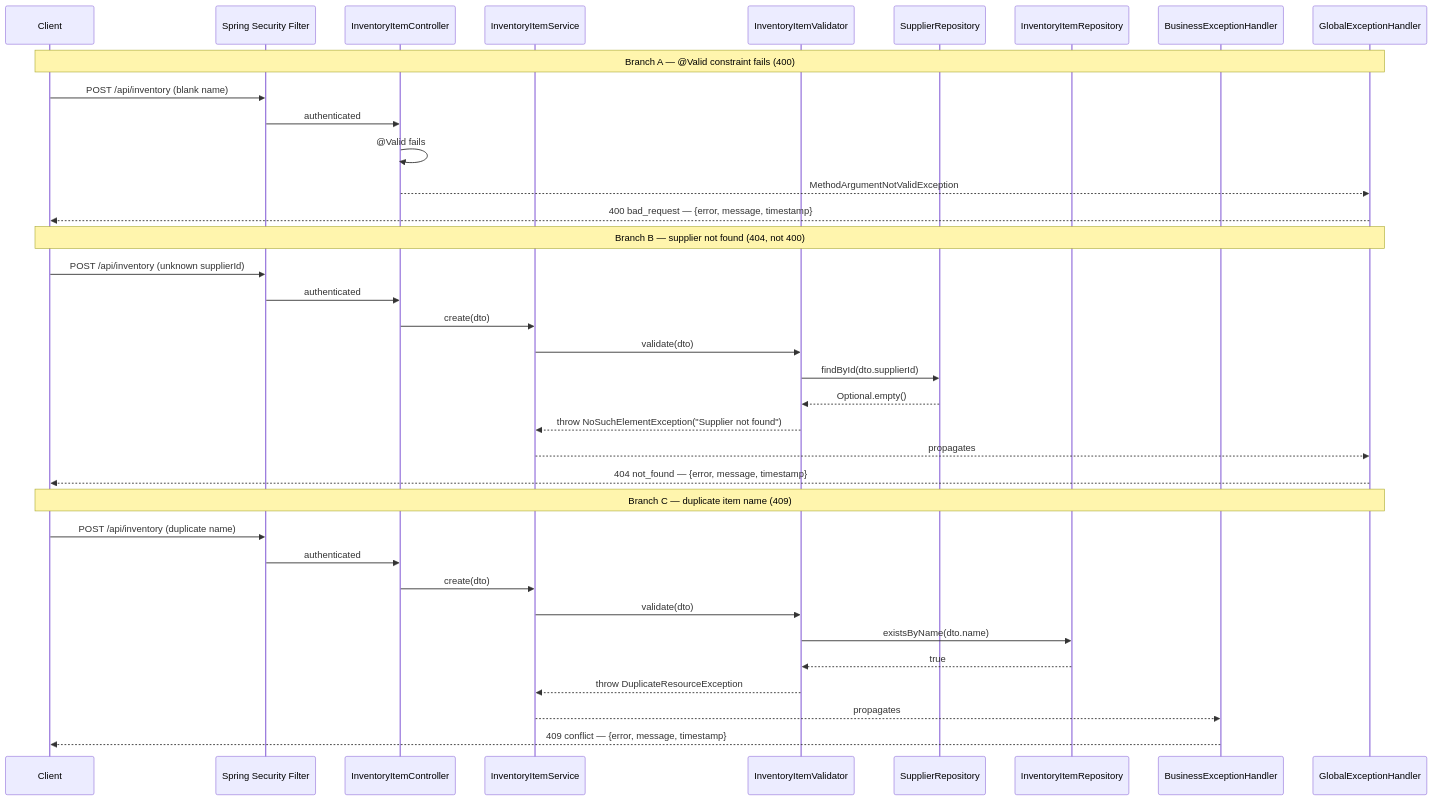
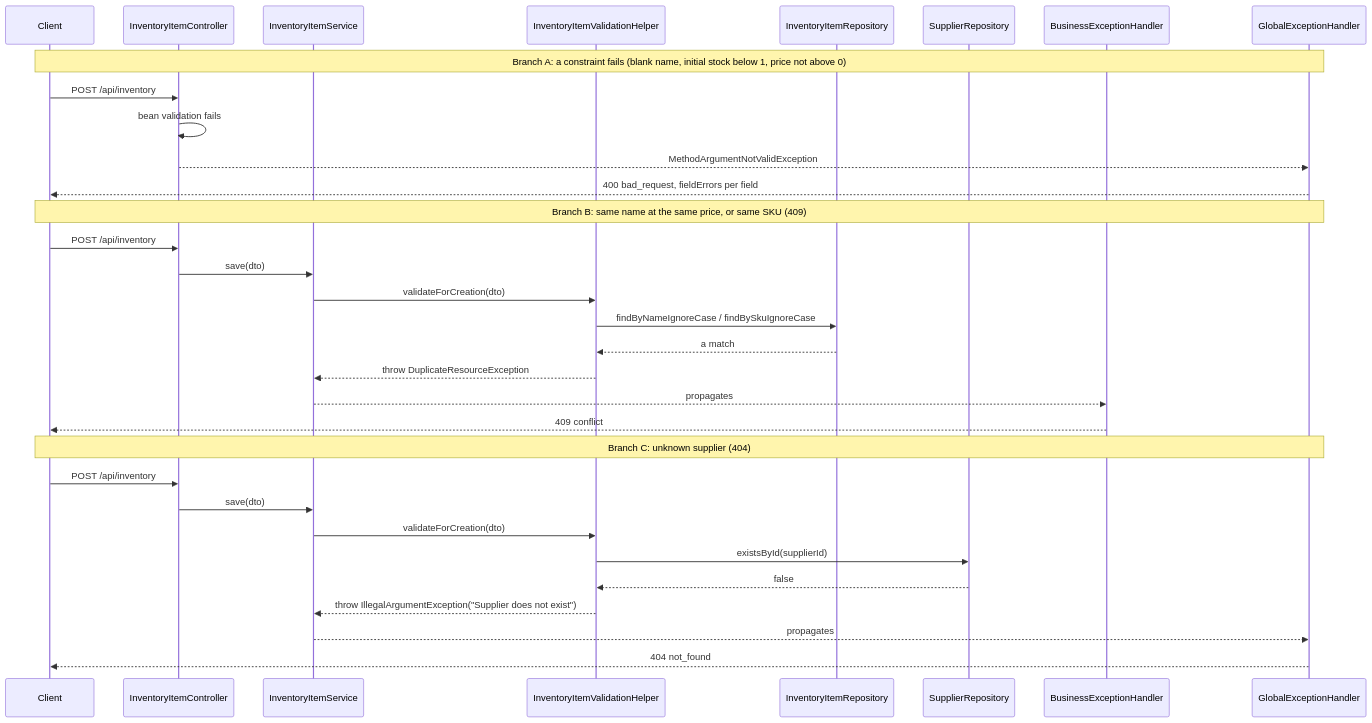
Before and after one commit to Keglev/inventory-service: the second of 5 diagrams in docs/backend/architecture/06-runtime.md, drawn with Mermaid. The commit also changed other lines of this file, not shown here.

Commit message:
docs(backend): redraw the create-item sequences from the current code (#171)
Scenarios 1a and 1b of the runtime view described a create path that
does not exist: an existsByName query no repository declares, a
supplier findById where the code calls existsById, the supplier check
running first where it runs last, and a NoSuchElementException where
the code throws IllegalArgumentException. Branch A showed a 400 that,
until the validation-group fix, the endpoint did not return.

Both diagrams now follow InventoryItemController.create,
InventoryItemServiceImpl.save and InventoryItemValidationHelper: bean
validation over Default and Create, then the name-and-price and SKU
checks, then the supplier; server-set fields; the item insert and the
INITIAL_STOCK history insert in one transaction; 201 with a Location
header. The error branches follow the same order: 400 with field
errors, 409 for a duplicate, 404 for an unknown supplier.

The page goes from 247 to 244 lines. All five diagrams on it parse.

````diff
--- a/docs/backend/architecture/06-runtime.md
+++ b/docs/backend/architecture/06-runtime.md
@@ -78,42 +79,38 @@
 ```mermaid
 %%{init: {"sequence": {"useMaxWidth": false}}}%%
 sequenceDiagram
     participant Client
-    participant SF as Spring Security Filter
     participant IC as InventoryItemController
     participant IS as InventoryItemService
-    participant IV as InventoryItemValidator
+    participant VH as InventoryItemValidationHelper
+    participant IR as InventoryItemRepository
     participant SR as SupplierRepository
-    participant IR as InventoryItemRepository
     participant BEH as BusinessExceptionHandler
     participant GEH as GlobalExceptionHandler
 
-    Note over Client,GEH: Branch A — @Valid constraint fails (400)
-    Client->>SF: POST /api/inventory (blank name)
-    SF->>IC: authenticated
-    IC->>IC: @Valid fails
+    Note over Client,GEH: Branch A: a constraint fails (blank name, initial stock below 1, price not above 0)
+    Client->>IC: POST /api/inventory
+    IC->>IC: bean validation fails
     IC-->>GEH: MethodArgumentNotValidException
-    GEH-->>Client: 400 bad_request — {error, message, timestamp}
+    GEH-->>Client: 400 bad_request, fieldErrors per field
 
-    Note over Client,GEH: Branch B — supplier not found (404, not 400)
-    Client->>SF: POST /api/inventory (unknown supplierId)
-    SF->>IC: authenticated
-    IC->>IS: create(dto)
-    IS->>IV: validate(dto)
-    IV->>SR: findById(dto.supplierId)
-    SR-->>IV: Optional.empty()
-    IV-->>IS: throw NoSuchElementException("Supplier not found")
+    Note over Client,GEH: Branch B: same name at the same price, or same SKU (409)
+    Client->>IC: POST /api/inventory
+    IC->>IS: save(dto)
+    IS->>VH: validateForCreation(dto)
+    VH->>IR: findByNameIgnoreCase / findBySkuIgnoreCase
+    IR-->>VH: a match
+    VH-->>IS: throw DuplicateResourceException
+    IS-->>BEH: propagates
+    BEH-->>Client: 409 conflict
+
+    Note over Client,GEH: Branch C: unknown supplier (404)
+    Client->>IC: POST /api/inventory
+    IC->>IS: save(dto)
+    IS->>VH: validateForCreation(dto)
+    VH->>SR: existsById(supplierId)
+    SR-->>VH: false
+    VH-->>IS: throw IllegalArgumentException("Supplier does not exist")
     IS-->>GEH: propagates
-    GEH-->>Client: 404 not_found — {error, message, timestamp}
-
-    Note over Client,GEH: Branch C — duplicate item name (409)
-    Client->>SF: POST /api/inventory (duplicate name)
-    SF->>IC: authenticated
-    IC->>IS: create(dto)
-    IS->>IV: validate(dto)
-    IV->>IR: existsByName(dto.name)
-    IR-->>IV: true
-    IV-->>IS: throw DuplicateResourceException
-    IS-->>BEH: propagates
-    BEH-->>Client: 409 conflict — {error, message, timestamp}
+    GEH-->>Client: 404 not_found
 ```
````
